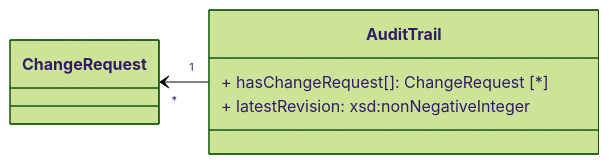
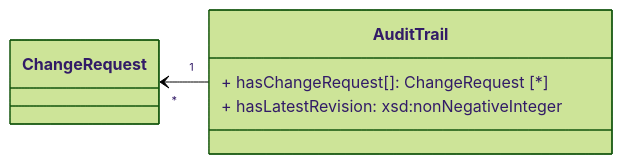
Before and after one commit to IATA-Cargo/ONE-Record: the second of 2 diagrams in working_draft/API/docs/logistics-objects.md, drawn with Mermaid (forest theme). The commit also changed other lines of this file and 54 other files, not shown here.

````diff
--- a/working_draft/API/docs/logistics-objects.md
+++ b/working_draft/API/docs/logistics-objects.md
@@ -718,10 +720,10 @@
 ```mermaid
 classDiagram
     direction RL
 
     class AuditTrail{                
         + hasChangeRequest[]: ChangeRequest [*]                
-        + latestRevision: xsd:nonNegativeInteger       
+        + hasLatestRevision: xsd:nonNegativeInteger       
     }
     AuditTrail "1" --> "*" ChangeRequest
 ```
````
